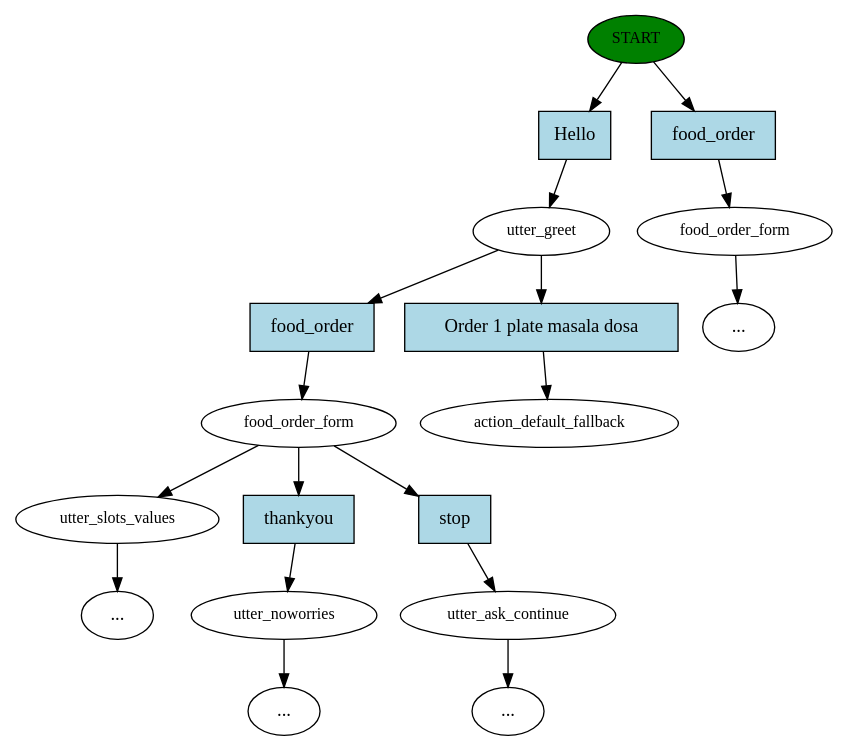
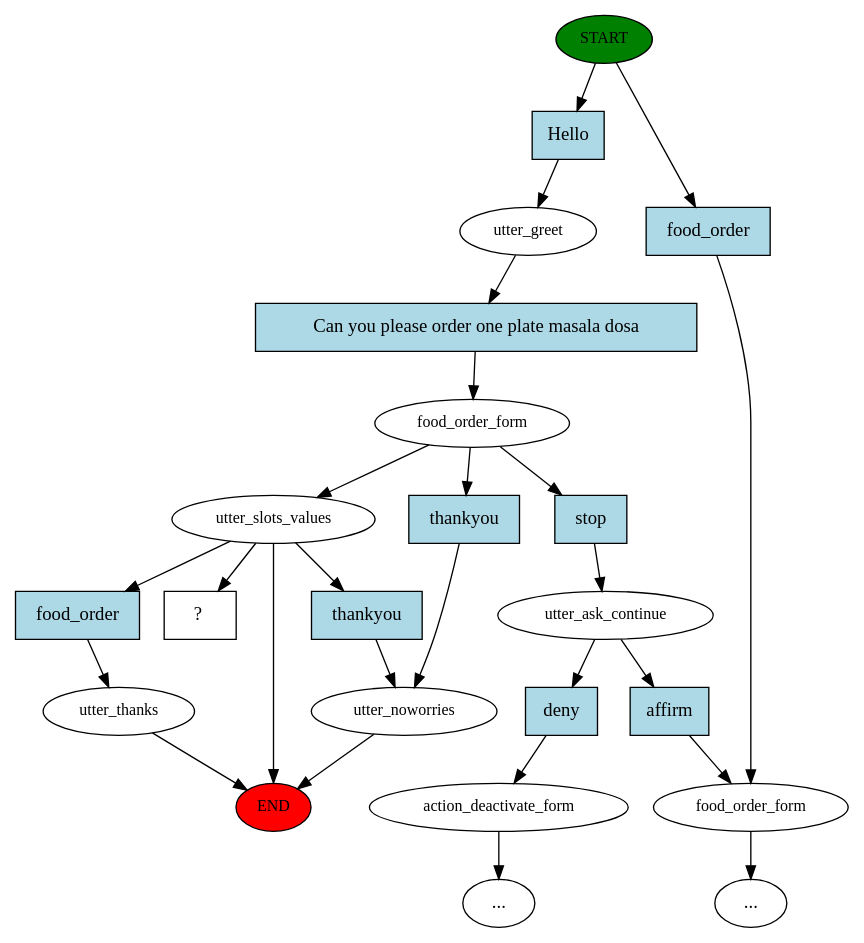
The diagram in rasa_assistant/story_graph.dot (ganesh-4212/food-assistant), drawn with Graphviz before and after one commit. The commit also changed 10 other files, not shown here.

```diff
--- a/rasa_assistant/story_graph.dot
+++ b/rasa_assistant/story_graph.dot
@@ -1,37 +1,49 @@
 digraph  {
 0 [class="start active", fillcolor=green, fontsize=12, label=START, style=filled];
+"-1" [class=end, fillcolor=red, fontsize=12, label=END, style=filled];
 1 [class=active, fontsize=12, label=utter_greet];
-2 [class="", fontsize=12, label=food_order_form];
-3 [class="", fontsize=12, label=utter_slots_values];
-"-3" [class=ellipsis, label="..."];
-6 [class="", fontsize=12, label=utter_noworries];
+2 [class=active, fontsize=12, label=food_order_form];
+3 [class=active, fontsize=12, label=utter_slots_values];
+4 [class="", fontsize=12, label=utter_noworries];
+10 [class="", fontsize=12, label=utter_ask_continue];
+11 [class="", fontsize=12, label=food_order_form];
+15 [class="", fontsize=12, label=action_deactivate_form];
 "-4" [class=ellipsis, label="..."];
-9 [class="", fontsize=12, label=utter_ask_continue];
-13 [class="", fontsize=12, label=food_order_form];
-"-7" [class=ellipsis, label="..."];
-"-8" [class=ellipsis, label="..."];
-18 [class="dashed active", fontsize=12, label=action_default_fallback];
-19 [class="intent active", fillcolor=lightblue, label=Hello, shape=rect, style=filled];
-20 [class=intent, fillcolor=lightblue, label=food_order, shape=rect, style=filled];
-21 [class=intent, fillcolor=lightblue, label=food_order, shape=rect, style=filled];
-22 [class="intent active", fillcolor=lightblue, label="Order 1 plate masala dosa", shape=rect, style=filled];
-23 [class=intent, fillcolor=lightblue, label=thankyou, shape=rect, style=filled];
-24 [class=intent, fillcolor=lightblue, label=stop, shape=rect, style=filled];
-0 -> 19  [class=active, key=0];
-0 -> 20  [class="", key=0];
-1 -> 21  [class="", key=0];
-1 -> 22  [class=active, key=0];
-2 -> 3  [class="", key=NONE, label=""];
-2 -> 23  [class="", key=0];
-2 -> 24  [class="", key=0];
-3 -> "-3"  [class="", key=NONE, label=""];
-6 -> "-4"  [class="", key=NONE, label=""];
-9 -> "-8"  [class="", key=NONE, label=""];
-13 -> "-7"  [class="", key=NONE, label=""];
-19 -> 1  [class=active, key=0];
-20 -> 13  [class="", key=0];
-21 -> 2  [class="", key=0];
-22 -> 18  [class=active, key=0];
-23 -> 6  [class="", key=0];
-24 -> 9  [class="", key=0];
+"-6" [class=ellipsis, label="..."];
+32 [class="", fontsize=12, label=utter_thanks];
+39 [class="intent dashed active", label="  ?  ", shape=rect];
+40 [class="intent active", fillcolor=lightblue, label=Hello, shape=rect, style=filled];
+41 [class=intent, fillcolor=lightblue, label=food_order, shape=rect, style=filled];
+42 [class="intent active", fillcolor=lightblue, label="Can you please order one plate masala dosa", shape=rect, style=filled];
+43 [class=intent, fillcolor=lightblue, label=stop, shape=rect, style=filled];
+44 [class=intent, fillcolor=lightblue, label=thankyou, shape=rect, style=filled];
+45 [class=intent, fillcolor=lightblue, label=thankyou, shape=rect, style=filled];
+46 [class=intent, fillcolor=lightblue, label=food_order, shape=rect, style=filled];
+47 [class=intent, fillcolor=lightblue, label=affirm, shape=rect, style=filled];
+48 [class=intent, fillcolor=lightblue, label=deny, shape=rect, style=filled];
+0 -> 40  [class=active, key=0];
+0 -> 41  [class="", key=0];
+1 -> 42  [class=active, key=0];
+2 -> 3  [class=active, key=NONE, label=""];
+2 -> 43  [class="", key=0];
+2 -> 44  [class="", key=0];
+3 -> "-1"  [class="", key=NONE, label=""];
+3 -> 39  [class=active, key=NONE, label=""];
+3 -> 45  [class="", key=0];
+3 -> 46  [class="", key=0];
+4 -> "-1"  [class="", key=NONE, label=""];
+10 -> 47  [class="", key=0];
+10 -> 48  [class="", key=0];
+11 -> "-6"  [class="", key=NONE, label=""];
+15 -> "-4"  [class="", key=NONE, label=""];
+32 -> "-1"  [class="", key=NONE, label=""];
+40 -> 1  [class=active, key=0];
+41 -> 11  [class="", key=0];
+42 -> 2  [class=active, key=0];
+43 -> 10  [class="", key=0];
+44 -> 4  [class="", key=0];
+45 -> 4  [class="", key=0];
+46 -> 32  [class="", key=0];
+47 -> 11  [class="", key=0];
+48 -> 15  [class="", key=0];
 }
```
